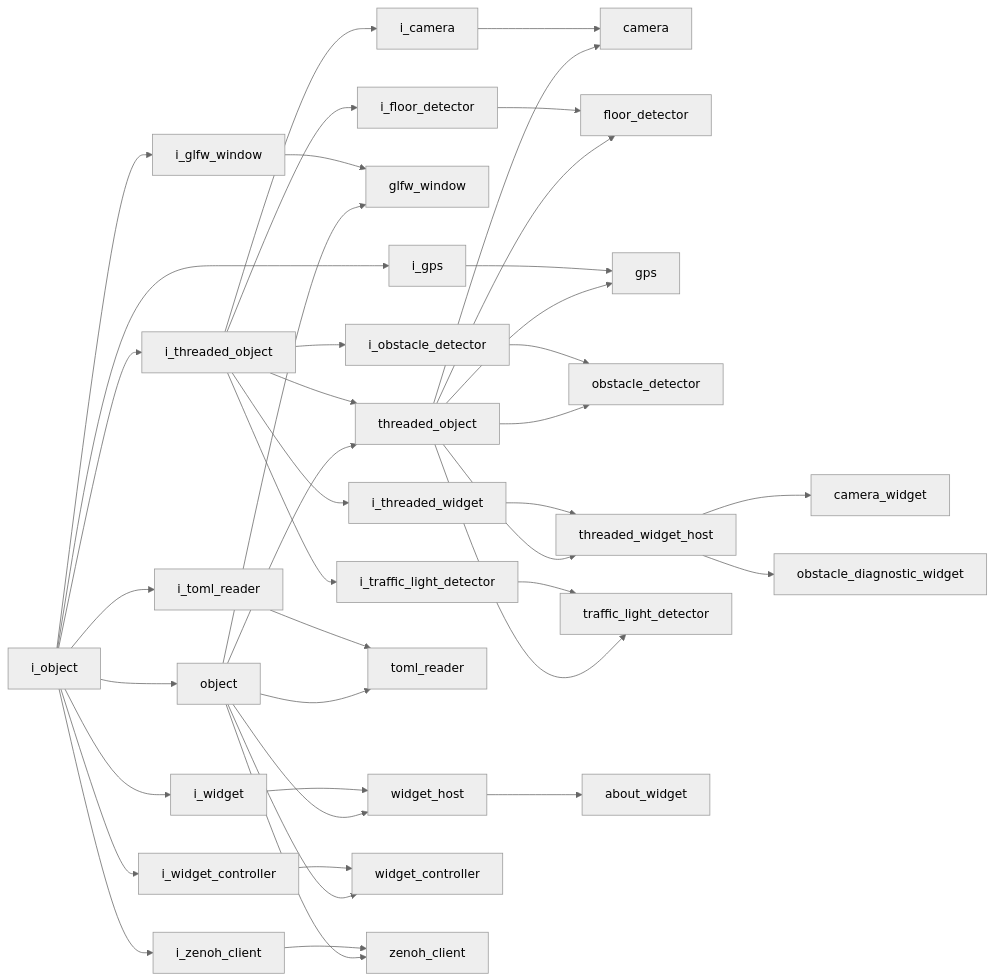
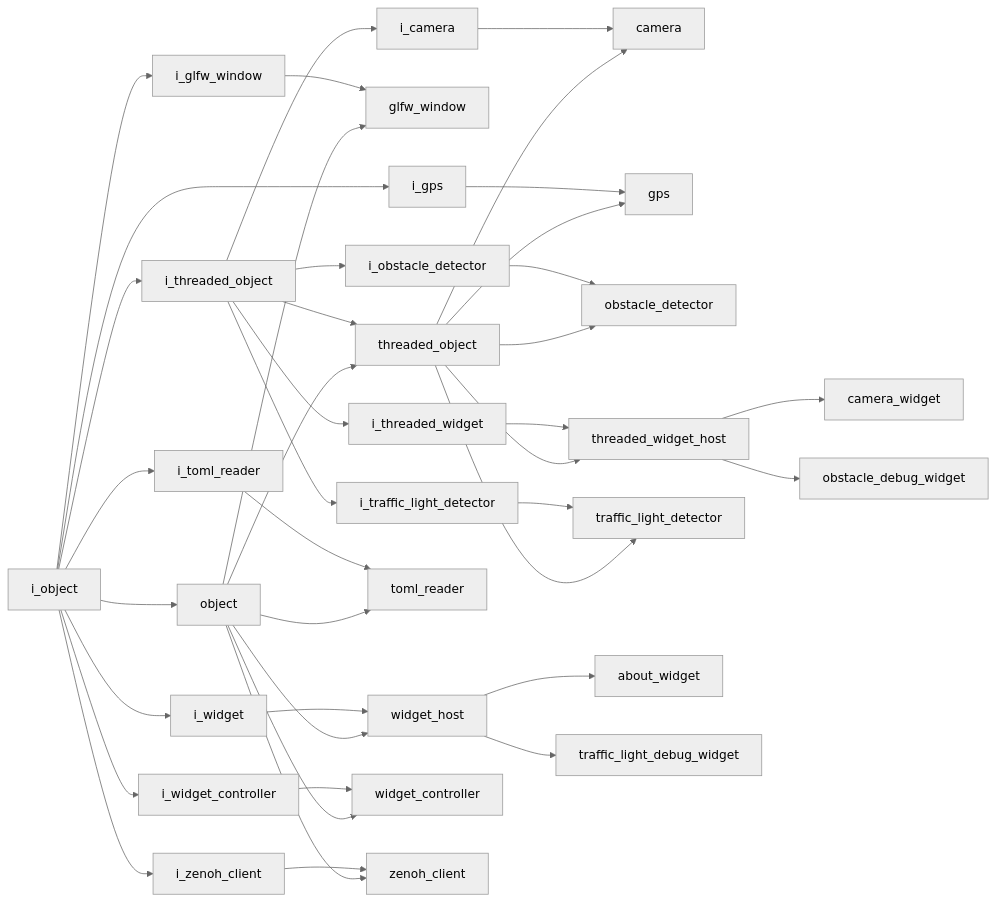
Before and after one commit to kasper-szczerba/acs_wiki: the diagram in docs/codebase/namespaces/index.md, drawn with Mermaid (neutral theme). The commit also changed 22 other files, not shown here.

Commit message:
updated the docs based on the new opencv traffic light detection

````diff
--- a/docs/codebase/namespaces/index.md
+++ b/docs/codebase/namespaces/index.md
@@ -15,43 +15,41 @@
 ```mermaid
 graph LR
     i_camera["i_camera"] --> camera["camera"]
-    i_floor_detector["i_floor_detector"] --> floor_detector["floor_detector"]
     i_glfw_window["i_glfw_window"] --> glfw_window["glfw_window"]
     i_gps["i_gps"] --> gps["gps"]
     i_object["i_object"] --> i_glfw_window["i_glfw_window"]
     i_object["i_object"] --> i_gps["i_gps"]
     i_object["i_object"] --> i_threaded_object["i_threaded_object"]
     i_object["i_object"] --> i_toml_reader["i_toml_reader"]
     i_object["i_object"] --> i_widget["i_widget"]
     i_object["i_object"] --> i_widget_controller["i_widget_controller"]
     i_object["i_object"] --> i_zenoh_client["i_zenoh_client"]
     i_object["i_object"] --> object["object"]
     i_obstacle_detector["i_obstacle_detector"] --> obstacle_detector["obstacle_detector"]
     i_threaded_object["i_threaded_object"] --> i_camera["i_camera"]
-    i_threaded_object["i_threaded_object"] --> i_floor_detector["i_floor_detector"]
     i_threaded_object["i_threaded_object"] --> i_obstacle_detector["i_obstacle_detector"]
     i_threaded_object["i_threaded_object"] --> i_threaded_widget["i_threaded_widget"]
     i_threaded_object["i_threaded_object"] --> i_traffic_light_detector["i_traffic_light_detector"]
     i_threaded_object["i_threaded_object"] --> threaded_object["threaded_object"]
     i_threaded_widget["i_threaded_widget"] --> threaded_widget_host["threaded_widget_host"]
     i_toml_reader["i_toml_reader"] --> toml_reader["toml_reader"]
     i_traffic_light_detector["i_traffic_light_detector"] --> traffic_light_detector["traffic_light_detector"]
     i_widget["i_widget"] --> widget_host["widget_host"]
     i_widget_controller["i_widget_controller"] --> widget_controller["widget_controller"]
     i_zenoh_client["i_zenoh_client"] --> zenoh_client["zenoh_client"]
     object["object"] --> glfw_window["glfw_window"]
     object["object"] --> threaded_object["threaded_object"]
     object["object"] --> toml_reader["toml_reader"]
     object["object"] --> widget_controller["widget_controller"]
     object["object"] --> widget_host["widget_host"]
     object["object"] --> zenoh_client["zenoh_client"]
     threaded_object["threaded_object"] --> camera["camera"]
-    threaded_object["threaded_object"] --> floor_detector["floor_detector"]
     threaded_object["threaded_object"] --> gps["gps"]
     threaded_object["threaded_object"] --> obstacle_detector["obstacle_detector"]
     threaded_object["threaded_object"] --> threaded_widget_host["threaded_widget_host"]
     threaded_object["threaded_object"] --> traffic_light_detector["traffic_light_detector"]
     threaded_widget_host["threaded_widget_host"] --> camera_widget["camera_widget"]
-    threaded_widget_host["threaded_widget_host"] --> obstacle_diagnostic_widget["obstacle_diagnostic_widget"]
+    threaded_widget_host["threaded_widget_host"] --> obstacle_debug_widget["obstacle_debug_widget"]
     widget_host["widget_host"] --> about_widget["about_widget"]
+    widget_host["widget_host"] --> traffic_light_debug_widget["traffic_light_debug_widget"]
 ```
````
